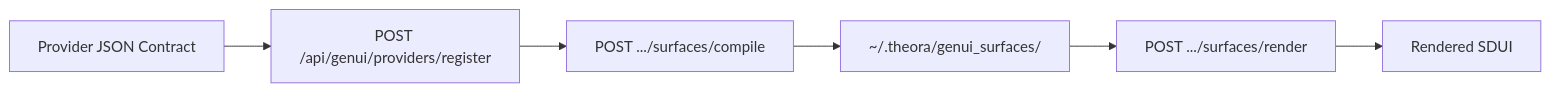
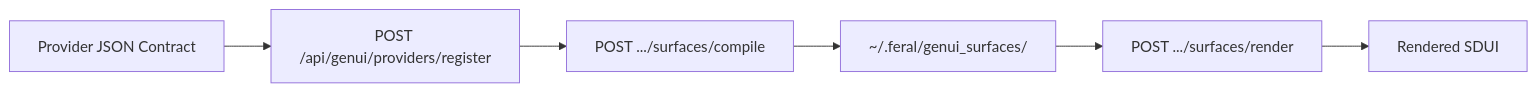
The diagram in docs/GENUI_PROVIDER_SPEC.md (Spatial-AgenticOS/ASOS), drawn with Mermaid before and after one commit. The commit also changed other lines of this file and 550 other files, not shown here.

First line of the commit message:
rebrand: THEORA/ASOS -> FERAL — AI off the leash

````diff
--- a/docs/GENUI_PROVIDER_SPEC.md
+++ b/docs/GENUI_PROVIDER_SPEC.md
@@ -12,8 +12,8 @@
 ```mermaid
 flowchart LR
   contract[Provider JSON Contract] --> register["POST /api/genui/providers/register"]
   register --> compile["POST .../surfaces/compile"]
-  compile --> cache["~/.theora/genui_surfaces/"]
+  compile --> cache["~/.feral/genui_surfaces/"]
   cache --> render["POST .../surfaces/render"]
   render --> ui[Rendered SDUI]
 ```
````
